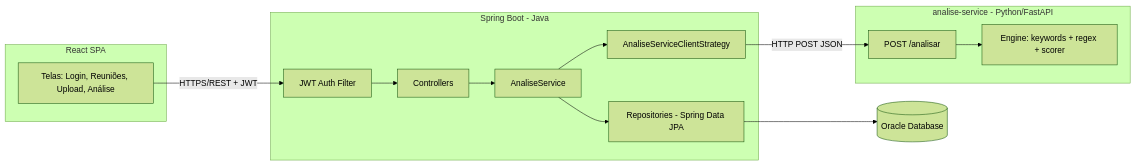
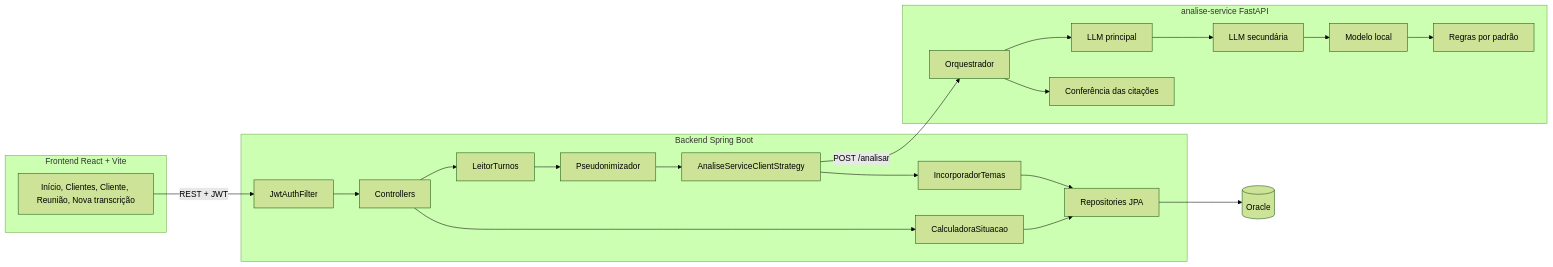
The first of 2 diagrams in docs/SDD.md (Challenge-Totvs/ProjetoTotvs), drawn with Mermaid (forest theme) before and after one commit. The commit also changed other lines of this file and 1 other file, not shown here.

````diff
--- a/docs/SDD.md
+++ b/docs/SDD.md
@@ -63,25 +107,37 @@
 ```mermaid
 flowchart LR
-    subgraph Frontend [React SPA]
-        UI[Telas: Login, Reuniões, Upload, Análise]
+    subgraph FE[Frontend React + Vite]
+        UI[Início, Clientes, Cliente, Reunião, Nova transcrição]
     end
 
-    subgraph Backend [Spring Boot - Java]
-        FILTER[JWT Auth Filter]
+    subgraph BE[Backend Spring Boot]
+        SEC[JwtAuthFilter]
         CTRL[Controllers]
-        SVC[AnaliseService]
-        STRAT[AnaliseServiceClientStrategy]
-        REPO[Repositories - Spring Data JPA]
+        TURN[LeitorTurnos]
+        PSEUDO[Pseudonimizador]
+        CLIENT[AnaliseServiceClientStrategy]
+        INC[IncorporadorTemas]
+        SIT[CalculadoraSituacao]
+        REPO[Repositories JPA]
     end
 
-    subgraph Motor [analise-service - Python/FastAPI]
-        API[POST /analisar]
-        ENGINE[Engine: keywords + regex + scorer]
+    subgraph PY[analise-service FastAPI]
+        ORQ[Orquestrador]
+        LLM1[LLM principal]
+        LLM2[LLM secundária]
+        LOCAL[Modelo local]
+        REGRAS[Regras por padrão]
+        CONF[Conferência das citações]
     end
 
-    DB[(Oracle Database)]
+    DB[(Oracle)]
 
-    UI -->|HTTPS/REST + JWT| FILTER --> CTRL --> SVC
-    SVC --> STRAT -->|HTTP POST JSON| API --> ENGINE
-    SVC --> REPO --> DB
+    UI -->|REST + JWT| SEC --> CTRL
+    CTRL --> TURN --> PSEUDO --> CLIENT
+    CLIENT -->|POST /analisar| ORQ
+    ORQ --> LLM1 --> LLM2 --> LOCAL --> REGRAS
+    ORQ --> CONF
+    CLIENT --> INC --> REPO --> DB
+    CTRL --> SIT
+    SIT --> REPO
 ```
````
